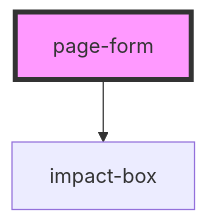
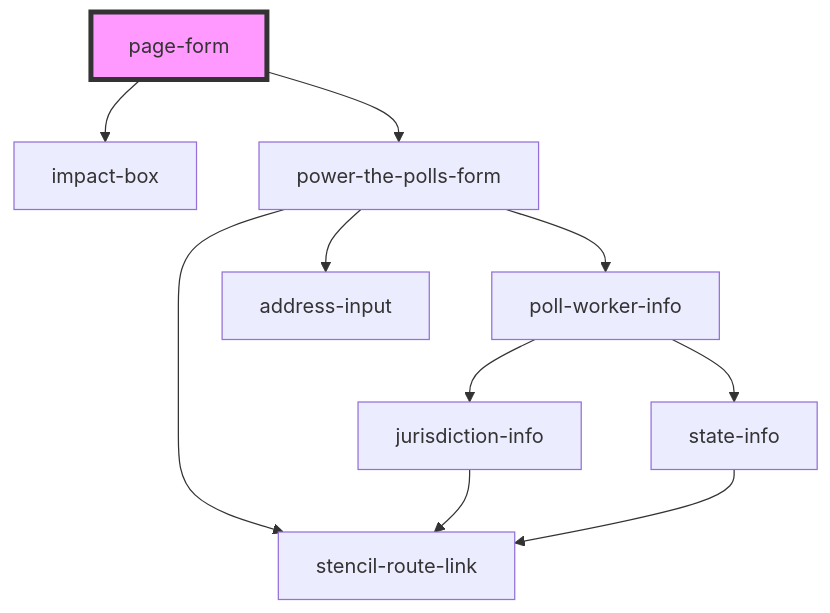
One commit to pizza-to-the-polls/power-the-polls changed the diagram in site/src/components/page-form/readme.md. Above: the diagram before and after it, drawn with Mermaid. The commit also changed other lines of this file and 14 other files, not shown here.

````diff
--- a/site/src/components/page-form/readme.md
+++ b/site/src/components/page-form/readme.md
@@ -22,5 +23,13 @@
 ```mermaid
 graph TD;
   page-form --> impact-box
+  page-form --> power-the-polls-form
+  power-the-polls-form --> poll-worker-info
+  power-the-polls-form --> address-input
+  power-the-polls-form --> stencil-route-link
+  poll-worker-info --> jurisdiction-info
+  poll-worker-info --> state-info
+  jurisdiction-info --> stencil-route-link
+  state-info --> stencil-route-link
   style page-form fill:#f9f,stroke:#333,stroke-width:4px
 ```
````
